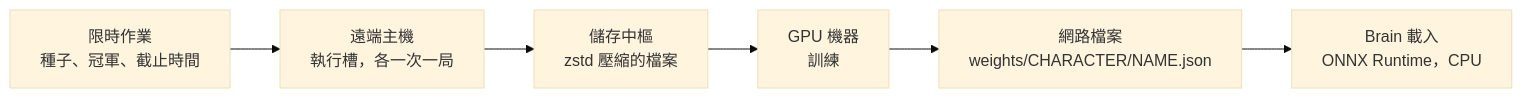
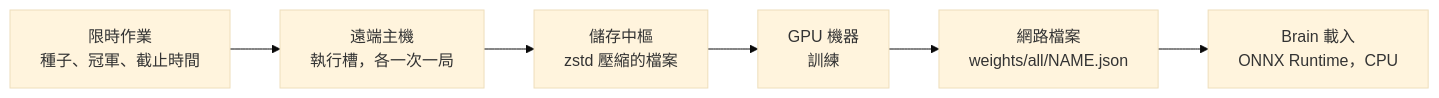
The diagram in docs/src/content/docs/zh-tw/arch/learning/reference.mdx (shinnku-nikaidou/spire-zero), drawn with Mermaid (base theme) before and after one commit. The commit also changed other lines of this file and 87 other files, not shown here.

````diff
--- a/docs/src/content/docs/zh-tw/arch/learning/reference.mdx
+++ b/docs/src/content/docs/zh-tw/arch/learning/reference.mdx
@@ -14,8 +14,8 @@
 ```mermaid
 flowchart LR
   S["限時作業<br/>種子、冠軍、截止時間"] --> W["遠端主機<br/>執行槽，各一次一局"]
   W --> H["儲存中樞<br/>zstd 壓縮的檔案"]
   H --> T["GPU 機器<br/>訓練"]
-  T --> WT["網路檔案<br/>weights/CHARACTER/NAME.json"]
+  T --> WT["網路檔案<br/>weights/all/NAME.json"]
   WT --> B["Brain 載入<br/>ONNX Runtime，CPU"]
 ```
````
